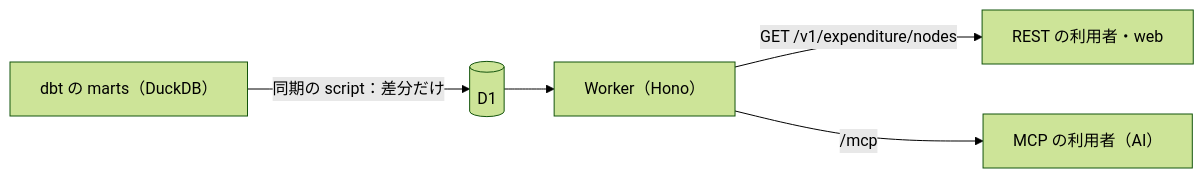
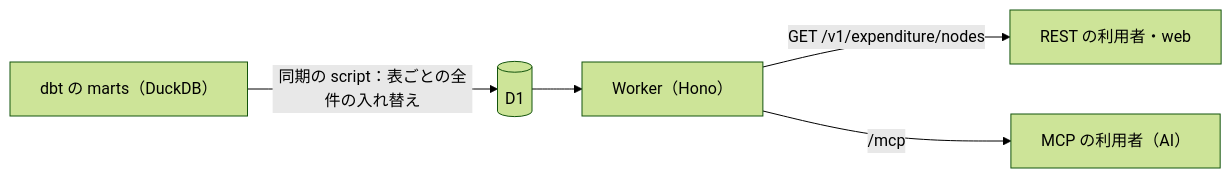
The diagram in docs/adr/0022-serve-marts-via-worker-d1-rest-and-mcp.md (fudoki-hensansitu/fudoki), drawn with Mermaid (forest theme) before and after one commit. The commit also changed other lines of this file and 46 other files, not shown here.

````diff
--- a/docs/adr/0022-serve-marts-via-worker-d1-rest-and-mcp.md
+++ b/docs/adr/0022-serve-marts-via-worker-d1-rest-and-mcp.md
@@ -7,7 +7,7 @@
 ```mermaid
 flowchart LR
-  dbt["dbt の marts（DuckDB）"] -->|"同期の script：差分だけ"| d1[("D1")]
+  dbt["dbt の marts（DuckDB）"] -->|"同期の script：表ごとの全件の入れ替え"| d1[("D1")]
   d1 --> worker["Worker（Hono）"]
   worker -->|"GET /v1/expenditure/nodes"| rest["REST の利用者・web"]
   worker -->|"/mcp"| mcp["MCP の利用者（AI）"]
 ```
````
